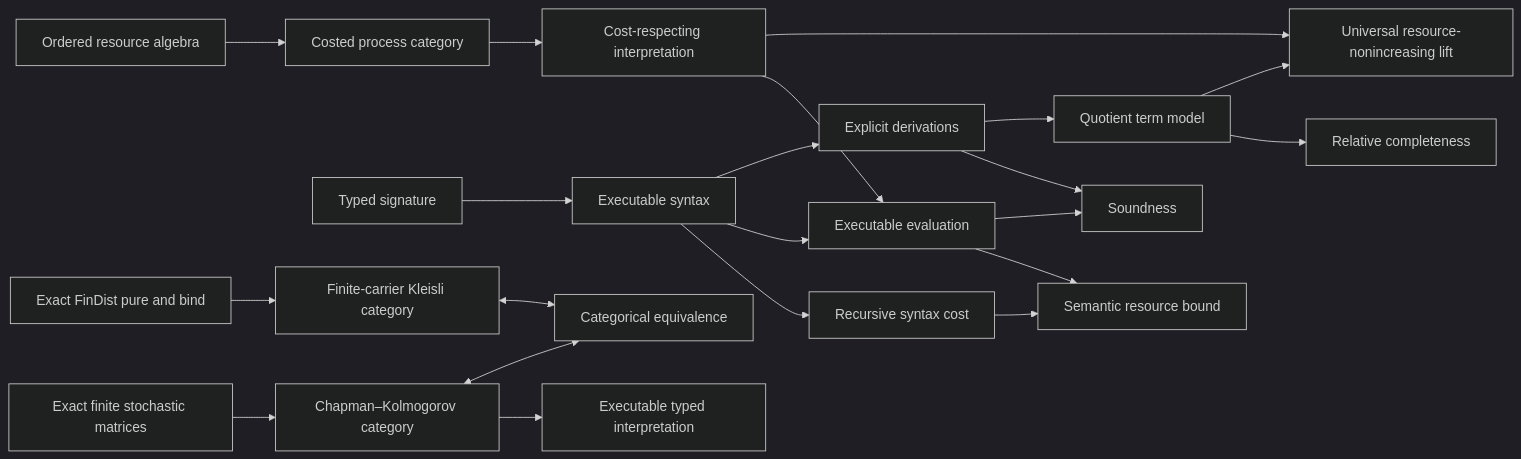
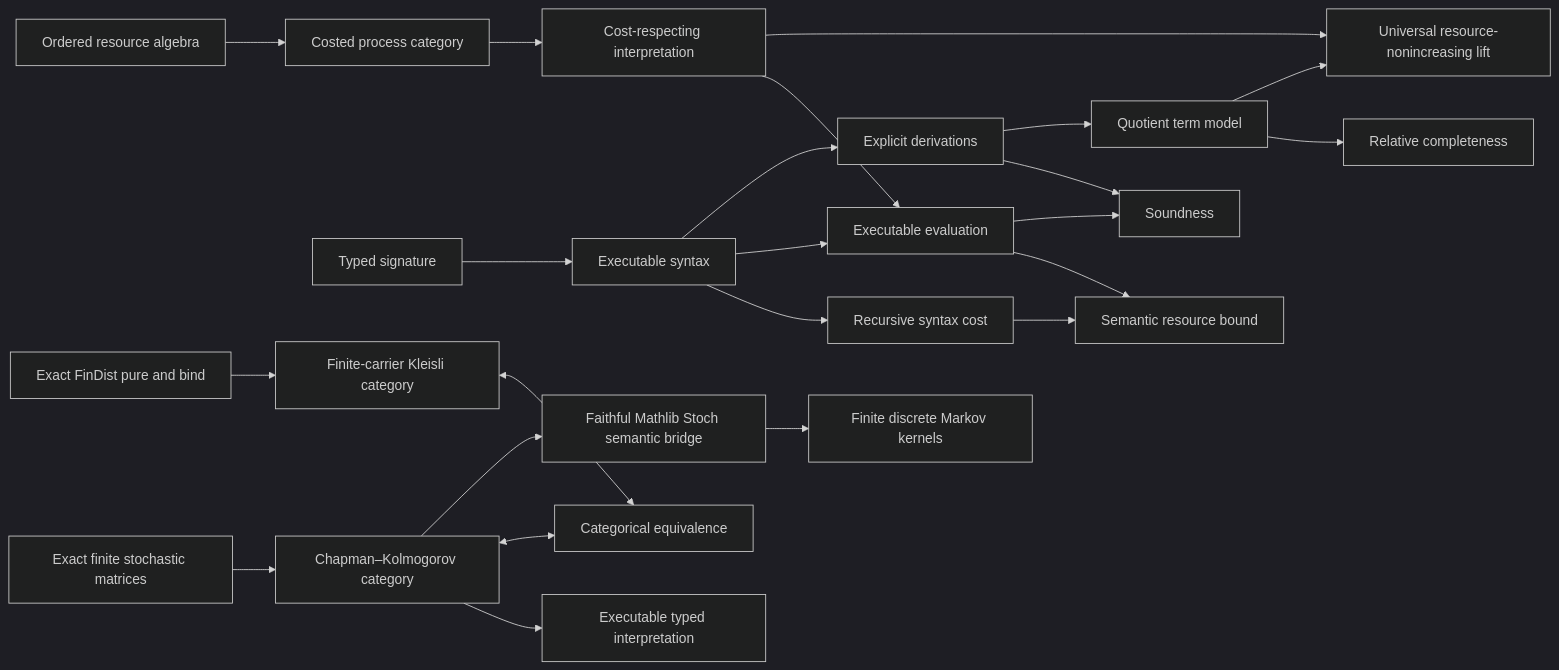
One commit to miuchan/ript changed the diagram in README.md. Above: the diagram before and after it, drawn with Mermaid (dark theme). The commit also changed other lines of this file and 10 other files, not shown here.

Commit message:
Prove the faithful Mathlib Stoch bridge (#5)

````diff
--- a/README.md
+++ b/README.md
@@ -254,23 +294,25 @@
 ```mermaid
 flowchart LR
   R["Ordered resource algebra"] --> C["Costed process category"]
   S["Typed signature"] --> X["Executable syntax"]
   X --> K["Recursive syntax cost"]
   C --> I["Cost-respecting interpretation"]
   X --> E["Executable evaluation"]
   I --> E
   K --> B["Semantic resource bound"]
   E --> B
   X --> D["Explicit derivations"]
   D --> SO["Soundness"]
   E --> SO
   D --> T["Quotient term model"]
   T --> CO["Relative completeness"]
   I --> U["Universal resource-nonincreasing lift"]
   T --> U
   F["Exact finite stochastic matrices"] --> CK["Chapman–Kolmogorov category"]
   CK --> EX["Executable typed interpretation"]
   FD["Exact FinDist pure and bind"] --> KL["Finite-carrier Kleisli category"]
   CK <--> EQ["Categorical equivalence"]
   KL <--> EQ
+  CK --> ST["Faithful Mathlib Stoch semantic bridge"]
+  ST --> MT["Finite discrete Markov kernels"]
 ```
````
